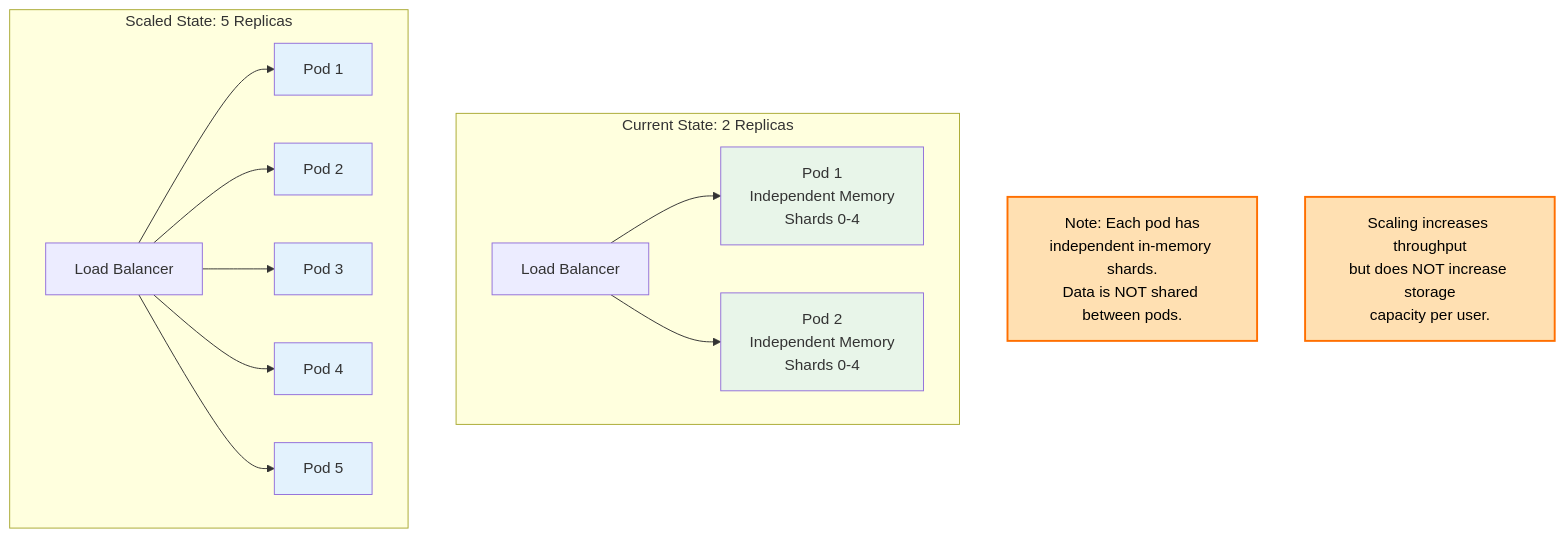
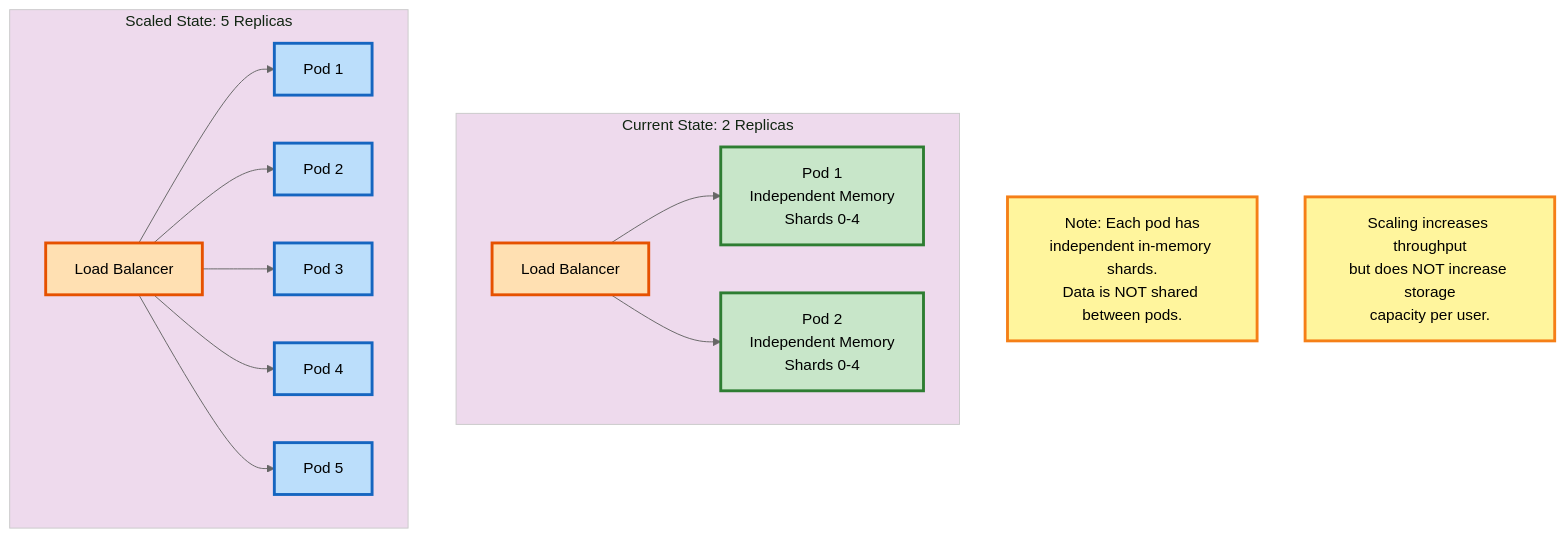
Before and after one commit to Demilade01/sharded-data-service: the tenth of 10 diagrams in ARCHITECTURE.md, drawn with Mermaid. The commit also changed other lines of this file, not shown here.

````diff
--- a/ARCHITECTURE.md
+++ b/ARCHITECTURE.md
@@ -432,39 +451,42 @@
 ```mermaid
+%%{init: {'theme':'base', 'themeVariables': { 'primaryColor':'#c8e6c9','primaryTextColor':'#000','primaryBorderColor':'#2e7d32','lineColor':'#666'}}}%%
 graph TB
     subgraph "Current State: 2 Replicas"
         LB1[Load Balancer]
         P1[Pod 1<br/>Independent Memory<br/>Shards 0-4]
         P2[Pod 2<br/>Independent Memory<br/>Shards 0-4]
 
         LB1 --> P1
         LB1 --> P2
     end
 
     subgraph "Scaled State: 5 Replicas"
         LB2[Load Balancer]
         P3[Pod 1]
         P4[Pod 2]
         P5[Pod 3]
         P6[Pod 4]
         P7[Pod 5]
 
         LB2 --> P3
         LB2 --> P4
         LB2 --> P5
         LB2 --> P6
         LB2 --> P7
     end
 
     Note1[Note: Each pod has<br/>independent in-memory shards.<br/>Data is NOT shared between pods.]
     Note2[Scaling increases throughput<br/>but does NOT increase storage<br/>capacity per user.]
 
-    style P1 fill:#e8f5e9
-    style P2 fill:#e8f5e9
-    style P3 fill:#e3f2fd
-    style P4 fill:#e3f2fd
-    style P5 fill:#e3f2fd
-    style P6 fill:#e3f2fd
-    style P7 fill:#e3f2fd
-    style Note1 fill:#ffe0b2,stroke:#ff6f00,stroke-width:2px,color:#000
-    style Note2 fill:#ffe0b2,stroke:#ff6f00,stroke-width:2px,color:#000
+    style P1 fill:#c8e6c9,stroke:#2e7d32,stroke-width:3px,color:#000
+    style P2 fill:#c8e6c9,stroke:#2e7d32,stroke-width:3px,color:#000
+    style P3 fill:#bbdefb,stroke:#1565c0,stroke-width:3px,color:#000
+    style P4 fill:#bbdefb,stroke:#1565c0,stroke-width:3px,color:#000
+    style P5 fill:#bbdefb,stroke:#1565c0,stroke-width:3px,color:#000
+    style P6 fill:#bbdefb,stroke:#1565c0,stroke-width:3px,color:#000
+    style P7 fill:#bbdefb,stroke:#1565c0,stroke-width:3px,color:#000
+    style LB1 fill:#ffe0b2,stroke:#e65100,stroke-width:3px,color:#000
+    style LB2 fill:#ffe0b2,stroke:#e65100,stroke-width:3px,color:#000
+    style Note1 fill:#fff59d,stroke:#f57f17,stroke-width:3px,color:#000
+    style Note2 fill:#fff59d,stroke:#f57f17,stroke-width:3px,color:#000
 ```
````
